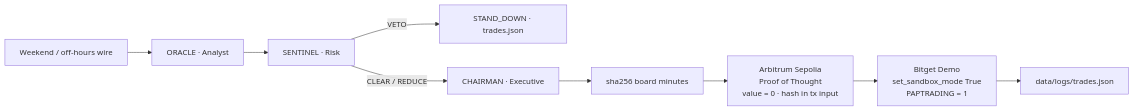
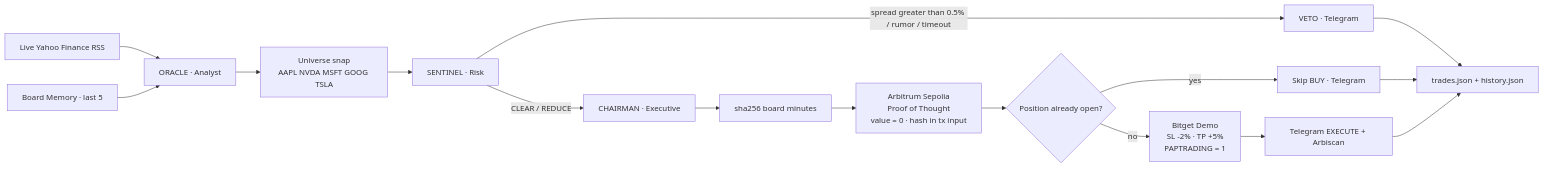
Before and after one commit to jubayir-hub-69/Chronos-Nexus: the diagram in README.md, drawn with Mermaid. The commit also changed other lines of this file, not shown here.

Commit message:
docs: update README with dynamic multi-token, telegram alerts, and safety guards

````diff
--- a/README.md
+++ b/README.md
@@ -72,11 +273,18 @@
 ```mermaid
 flowchart LR
-    W[Weekend / off-hours wire] --> O[ORACLE · Analyst]
-    O --> S[SENTINEL · Risk]
-    S -->|VETO| X[STAND_DOWN · trades.json]
+    R[Live Yahoo Finance RSS] --> O[ORACLE · Analyst]
+    M[Board Memory · last 5] --> O
+    O --> U[Universe snap<br/>AAPL NVDA MSFT GOOG TSLA]
+    U --> S[SENTINEL · Risk]
+    S -->|spread greater than 0.5% / rumor / timeout| V[VETO · Telegram]
     S -->|CLEAR / REDUCE| C[CHAIRMAN · Executive]
     C --> H[sha256 board minutes]
     H --> A[Arbitrum Sepolia<br/>Proof of Thought<br/>value = 0 · hash in tx input]
-    A --> B[Bitget Demo<br/>set_sandbox_mode True<br/>PAPTRADING = 1]
-    B --> L[data/logs/trades.json]
+    A --> P{Position already open?}
+    P -->|yes| K[Skip BUY · Telegram]
+    P -->|no| B[Bitget Demo<br/>SL -2% · TP +5%<br/>PAPTRADING = 1]
+    B --> T[Telegram EXECUTE + Arbiscan]
+    V --> L[trades.json + history.json]
+    K --> L
+    T --> L
 ```
````
